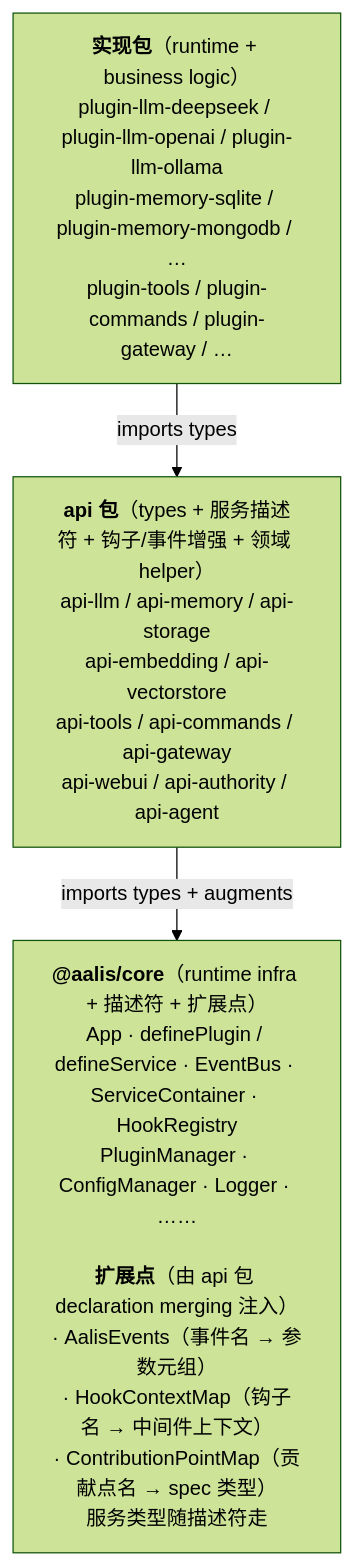
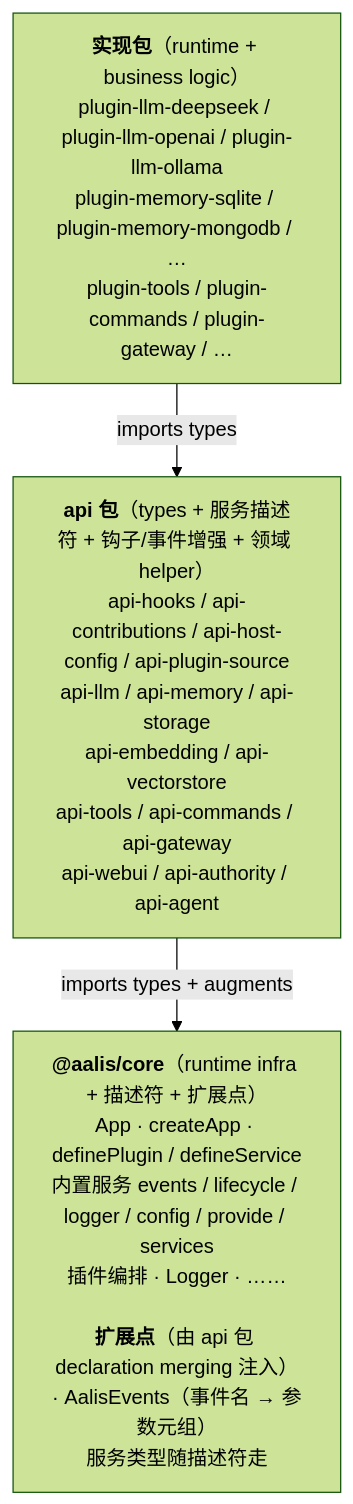
Before and after one commit to AalisLabs/Aalis: the diagram in docs/design/api-packages.md, drawn with Mermaid (forest theme). The commit also changed other lines of this file and 52 other files, not shown here.

````diff
--- a/docs/design/api-packages.md
+++ b/docs/design/api-packages.md
@@ -17,8 +17,8 @@
 ```mermaid
 flowchart TB
   impl["<b>实现包</b>（runtime + business logic）<br/>plugin-llm-deepseek / plugin-llm-openai / plugin-llm-ollama<br/>plugin-memory-sqlite / plugin-memory-mongodb / …<br/>plugin-tools / plugin-commands / plugin-gateway / …"]
-  api["<b>api 包</b>（types + 服务描述符 + 钩子/事件增强 + 领域 helper）<br/>api-llm / api-memory / api-storage<br/>api-embedding / api-vectorstore<br/>api-tools / api-commands / api-gateway<br/>api-webui / api-authority / api-agent"]
-  core["<b>@aalis/core</b>（runtime infra + 描述符 + 扩展点）<br/>App · definePlugin / defineService · EventBus · ServiceContainer · HookRegistry<br/>PluginManager · ConfigManager · Logger · ……<br/> <br/><b>扩展点</b>（由 api 包 declaration merging 注入）<br/>· AalisEvents（事件名 → 参数元组）<br/>· HookContextMap（钩子名 → 中间件上下文）<br/>· ContributionPointMap（贡献点名 → spec 类型）<br/>服务类型随描述符走"]
+  api["<b>api 包</b>（types + 服务描述符 + 钩子/事件增强 + 领域 helper）<br/>api-hooks / api-contributions / api-host-config / api-plugin-source<br/>api-llm / api-memory / api-storage<br/>api-embedding / api-vectorstore<br/>api-tools / api-commands / api-gateway<br/>api-webui / api-authority / api-agent"]
+  core["<b>@aalis/core</b>（runtime infra + 描述符 + 扩展点）<br/>App · createApp · definePlugin / defineService<br/>内置服务 events / lifecycle / logger / config / provide / services<br/>插件编排 · Logger · ……<br/> <br/><b>扩展点</b>（由 api 包 declaration merging 注入）<br/>· AalisEvents（事件名 → 参数元组）<br/>服务类型随描述符走"]
   impl -->|imports types| api
   api -->|imports types + augments| core
 ```
````
